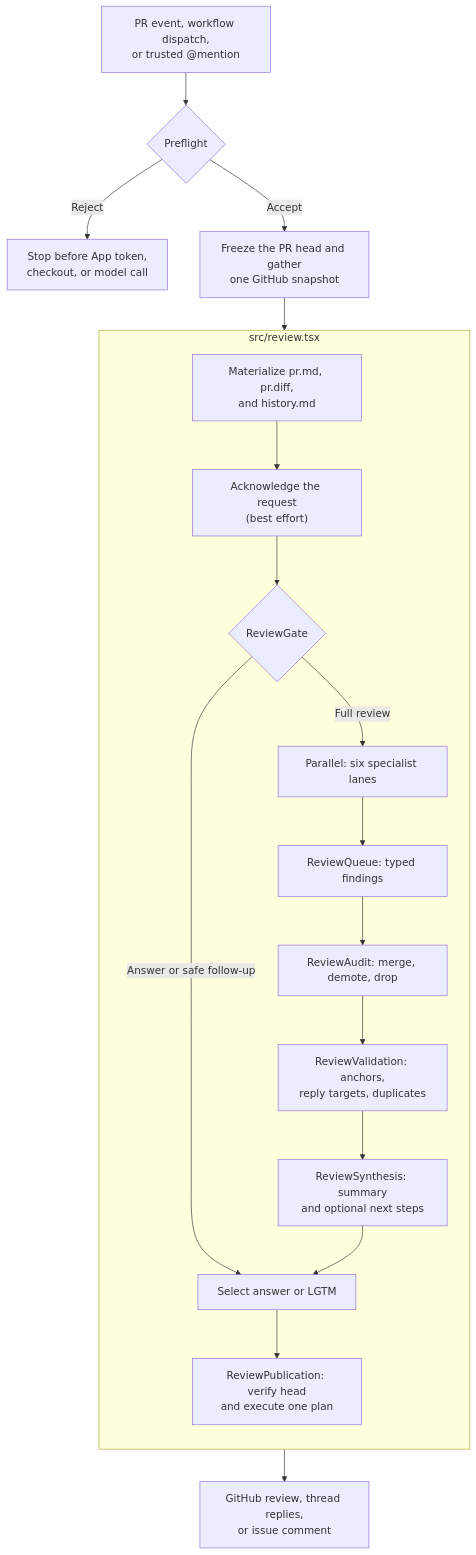
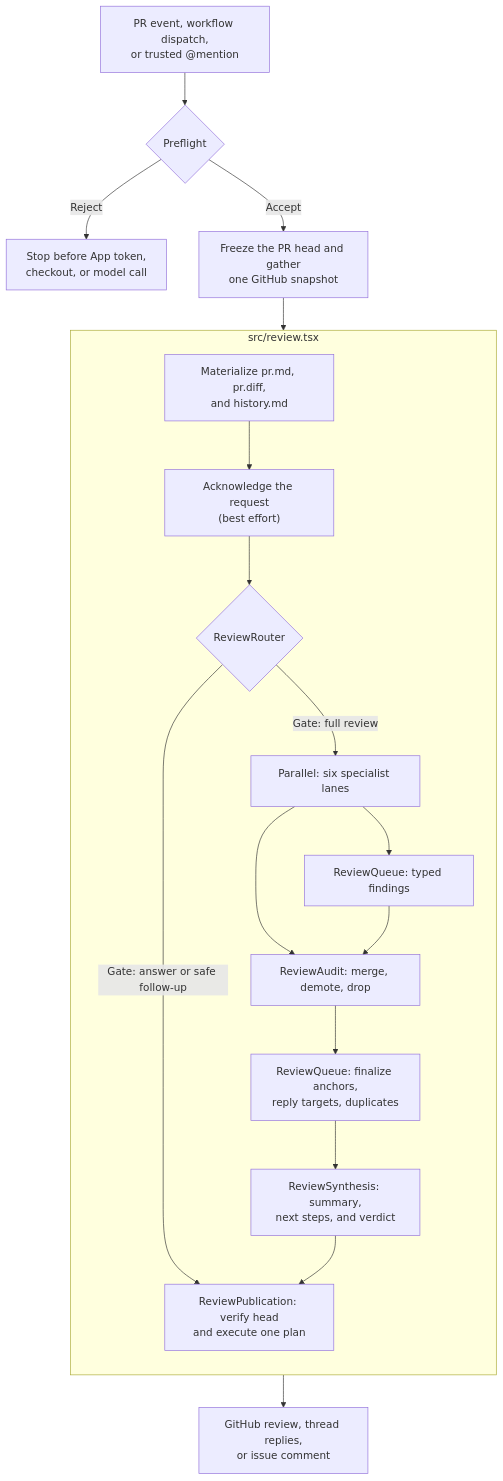
The diagram in README.md (we-are-singular/singular-code-review-agent), drawn with Mermaid before and after one commit. The commit also changed other lines of this file and 30 other files, not shown here.

````diff
--- a/README.md
+++ b/README.md
@@ -30,23 +30,23 @@
 ```mermaid
 flowchart TB
     event["PR event, workflow dispatch,<br/>or trusted @mention"] --> preflight{"Preflight"}
     preflight -->|Reject| stop["Stop before App token,<br/>checkout, or model call"]
     preflight -->|Accept| snapshot["Freeze the PR head and gather<br/>one GitHub snapshot"]
 
     subgraph review["src/review.tsx"]
       direction TB
       context["Materialize pr.md, pr.diff,<br/>and history.md"] --> acknowledgement["Acknowledge the request<br/>(best effort)"]
-      acknowledgement --> gate{"ReviewGate"}
-      gate -->|Answer or safe follow-up| outcome["Select answer or LGTM"]
-      gate -->|Full review| parallel["Parallel: six specialist lanes"]
+      acknowledgement --> router{"ReviewRouter"}
+      router -->|Gate: answer or safe follow-up| publication
+      router -->|Gate: full review| parallel["Parallel: six specialist lanes"]
       parallel --> queue["ReviewQueue: typed findings"]
+      parallel --> audit
       queue --> audit["ReviewAudit: merge, demote, drop"]
-      audit --> validation["ReviewValidation: anchors,<br/>reply targets, duplicates"]
-      validation --> synthesis["ReviewSynthesis: summary<br/>and optional next steps"]
-      synthesis --> outcome
-      outcome --> publication["ReviewPublication: verify head<br/>and execute one plan"]
+      audit --> finalization["ReviewQueue: finalize anchors,<br/>reply targets, duplicates"]
+      finalization --> synthesis["ReviewSynthesis: summary,<br/>next steps, and verdict"]
+      synthesis --> publication["ReviewPublication: verify head<br/>and execute one plan"]
     end
 
     snapshot --> context
     publication --> github["GitHub review, thread replies,<br/>or issue comment"]
 ```
````
